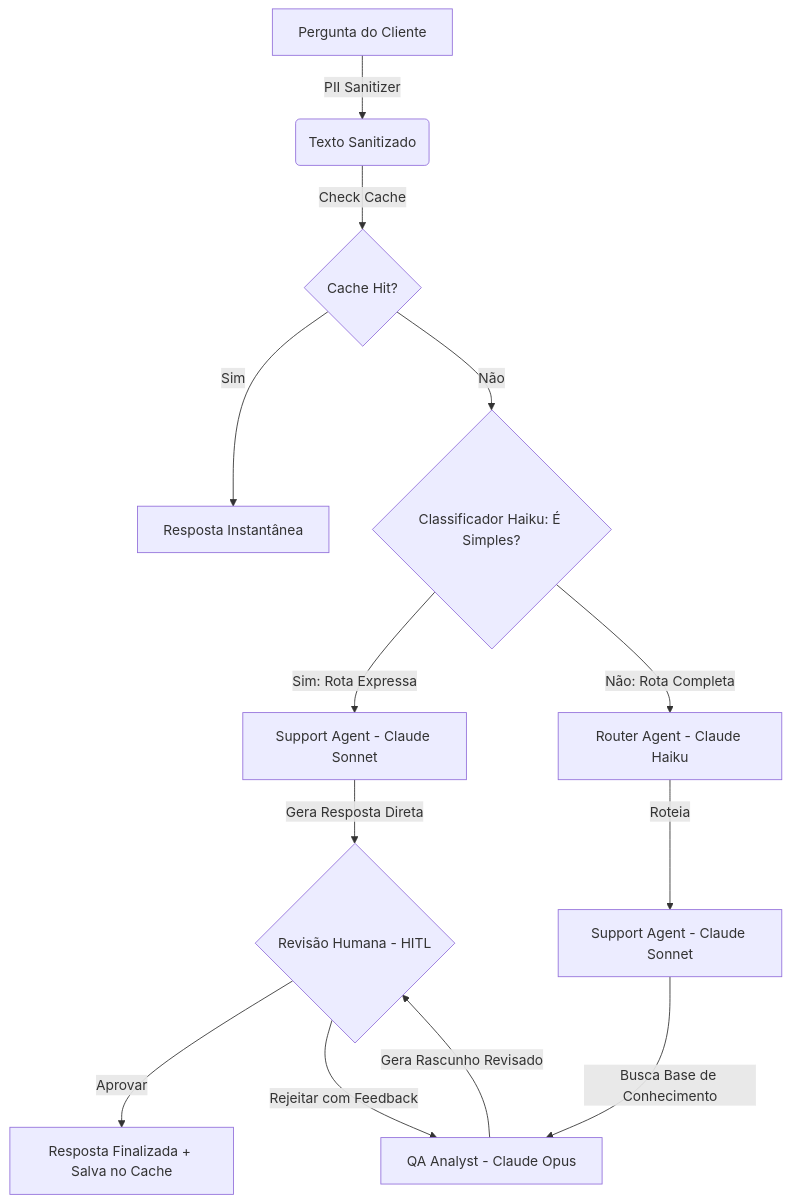
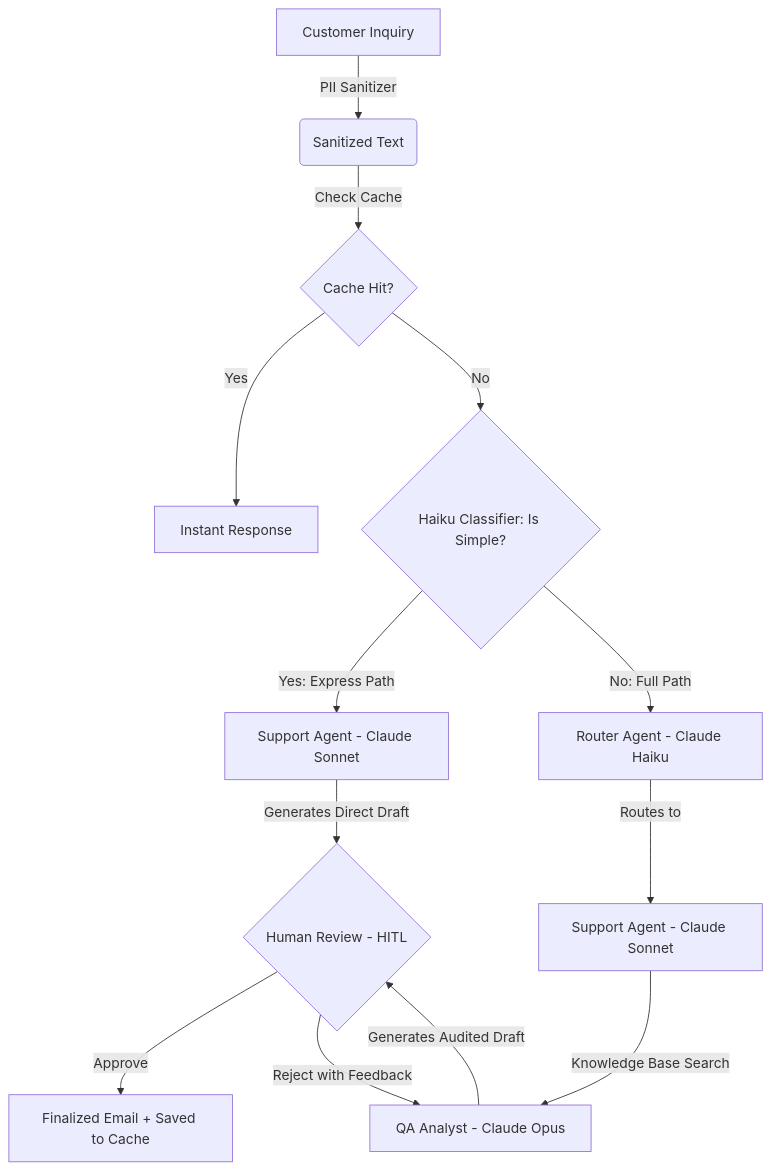
One commit to juliocode-job/production-crewai-system changed the diagram in README.md. Above: the diagram before and after it, drawn with Mermaid. The commit also changed other lines of this file and 3 other files, not shown here.

````diff
--- a/README.md
+++ b/README.md
@@ -25,15 +25,15 @@
 ```mermaid
 graph TD
-    A[Pergunta do Cliente] -->|PII Sanitizer| B(Texto Sanitizado)
+    A[Customer Inquiry] -->|PII Sanitizer| B(Sanitized Text)
     B -->|Check Cache| C{Cache Hit?}
-    C -->|Sim| D[Resposta Instantânea]
-    C -->|Não| E{Classificador Haiku: É Simples?}
-    E -->|Sim: Rota Expressa| F[Support Agent - Claude Sonnet]
-    E -->|Não: Rota Completa| G[Router Agent - Claude Haiku]
-    G -->|Roteia| H[Support Agent - Claude Sonnet]
-    H -->|Busca Base de Conhecimento| I[QA Analyst - Claude Opus]
-    I -->|Gera Rascunho Revisado| J{Revisão Humana - HITL}
-    F -->|Gera Resposta Direta| J
-    J -->|Aprovar| K[Resposta Finalizada + Salva no Cache]
-    J -->|Rejeitar com Feedback| I
+    C -->|Yes| D[Instant Response]
+    C -->|No| E{Haiku Classifier: Is Simple?}
+    E -->|Yes: Express Path| F[Support Agent - Claude Sonnet]
+    E -->|No: Full Path| G[Router Agent - Claude Haiku]
+    G -->|Routes to| H[Support Agent - Claude Sonnet]
+    H -->|Knowledge Base Search| I[QA Analyst - Claude Opus]
+    I -->|Generates Audited Draft| J{Human Review - HITL}
+    F -->|Generates Direct Draft| J
+    J -->|Approve| K[Finalized Email + Saved to Cache]
+    J -->|Reject with Feedback| I
 ```
````
